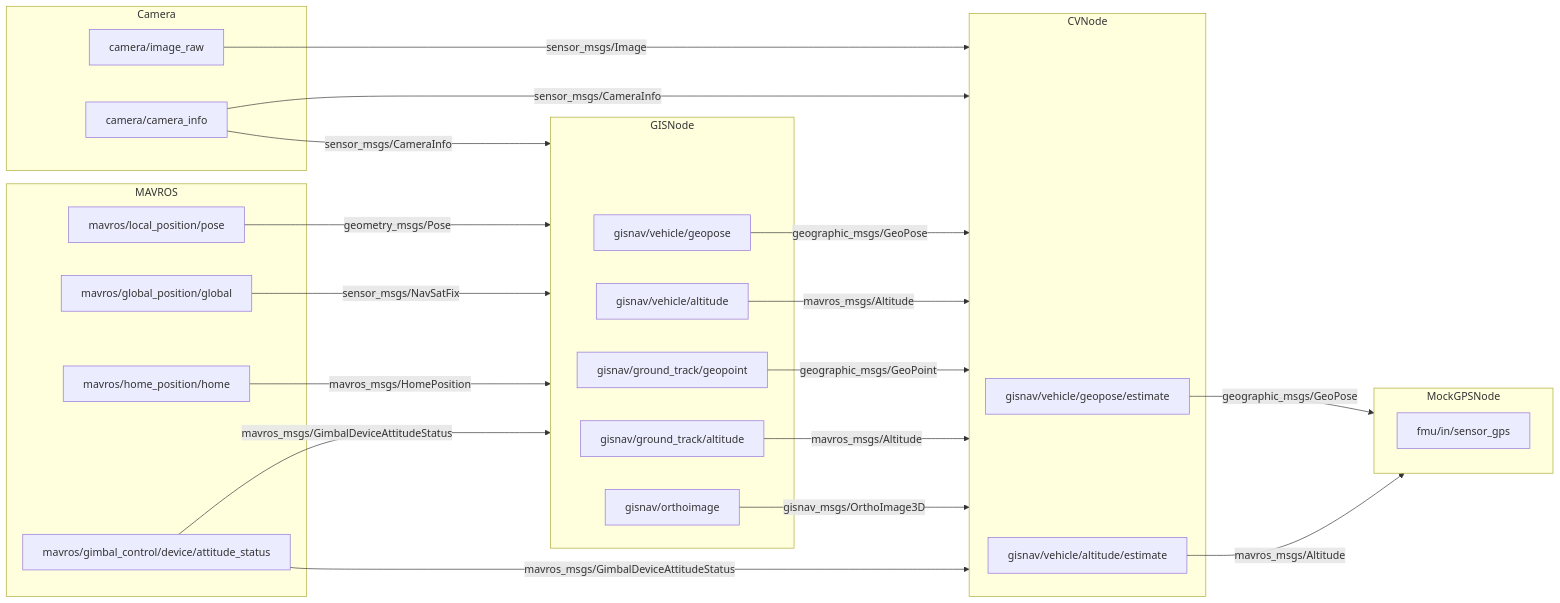
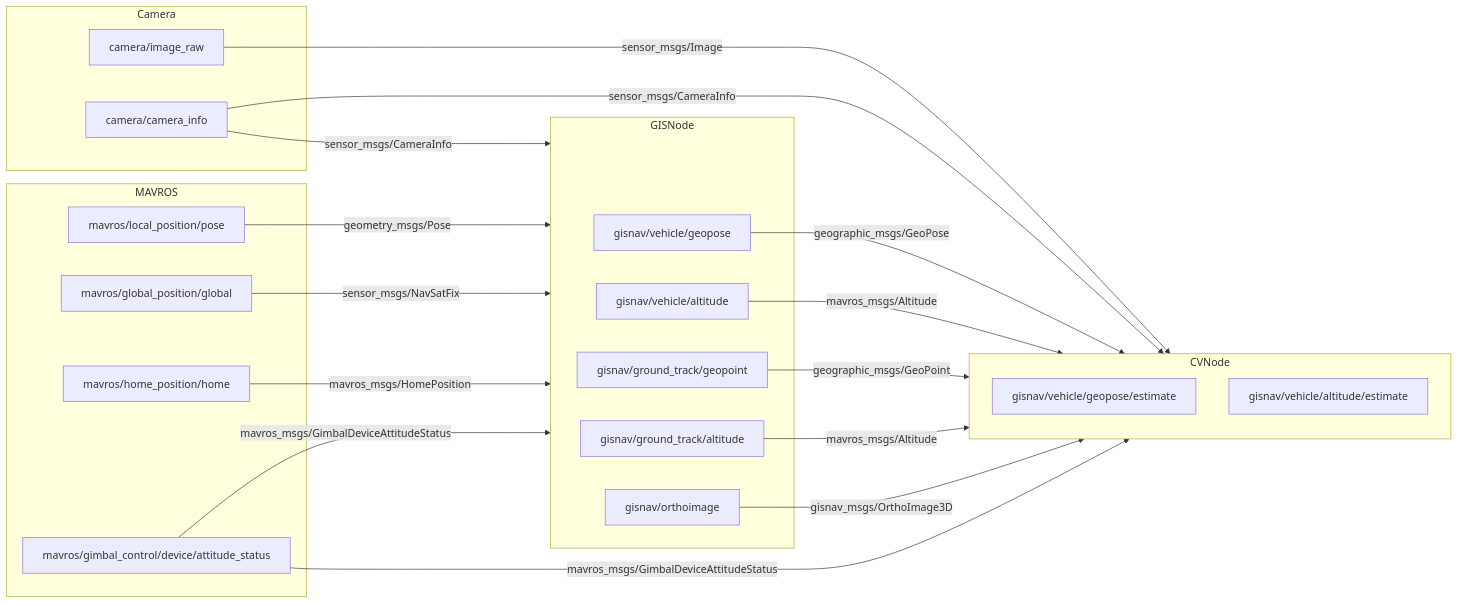
The first of 3 diagrams in docs/pages/developer_guide/integrate/ros_messaging.rst (hmakelin/gisnav), drawn with Mermaid before and after one commit. The commit also changed other lines of this file and 11 other files, not shown here.

```diff
--- a/docs/pages/developer_guide/integrate/ros_messaging.rst
+++ b/docs/pages/developer_guide/integrate/ros_messaging.rst
@@ -9,48 +12,42 @@
 .. mermaid::
-    :caption: Target data flow graph (WIP)
+    :caption: WIP: Target core data flow graph
 
     graph LR
         subgraph Camera
             image_raw[camera/image_raw]
             camera_info[camera/camera_info]
         end
 
         subgraph MAVROS
             pose[mavros/local_position/pose]
             global[mavros/global_position/global]
             home[mavros/home_position/home]
             attitude[mavros/gimbal_control/device/attitude_status]
         end
 
         subgraph GISNode
             geopose[gisnav/vehicle/geopose]
             altitude[gisnav/vehicle/altitude]
             geopoint_track[gisnav/ground_track/geopoint]
             altitude_track[gisnav/ground_track/altitude]
             orthoimage[gisnav/orthoimage]
         end
 
         subgraph CVNode
             geopose_estimate[gisnav/vehicle/geopose/estimate]
             altitude_estimate[gisnav/vehicle/altitude/estimate]
         end
 
-        subgraph MockGPSNode
-            sensor_gps[fmu/in/sensor_gps]
-        end
-
         pose -->|geometry_msgs/Pose| GISNode
         global -->|sensor_msgs/NavSatFix| GISNode
         home -->|mavros_msgs/HomePosition| GISNode
         attitude -->|mavros_msgs/GimbalDeviceAttitudeStatus| CVNode
         attitude -->|mavros_msgs/GimbalDeviceAttitudeStatus| GISNode
         geopose -->|geographic_msgs/GeoPose| CVNode
         altitude -->|mavros_msgs/Altitude| CVNode
         camera_info -->|sensor_msgs/CameraInfo| GISNode
         camera_info -->|sensor_msgs/CameraInfo| CVNode
         orthoimage -->|gisnav_msgs/OrthoImage3D| CVNode
         altitude_track -->|mavros_msgs/Altitude| CVNode
         geopoint_track -->|geographic_msgs/GeoPoint| CVNode
         image_raw -->|sensor_msgs/Image| CVNode
-        geopose_estimate -->|geographic_msgs/GeoPose| MockGPSNode
-        altitude_estimate -->|mavros_msgs/Altitude| MockGPSNode
```
